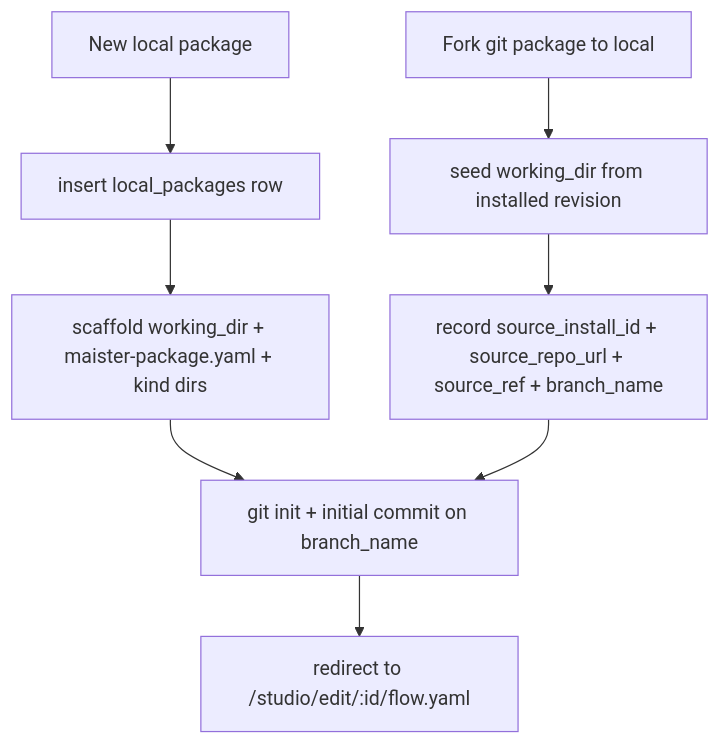
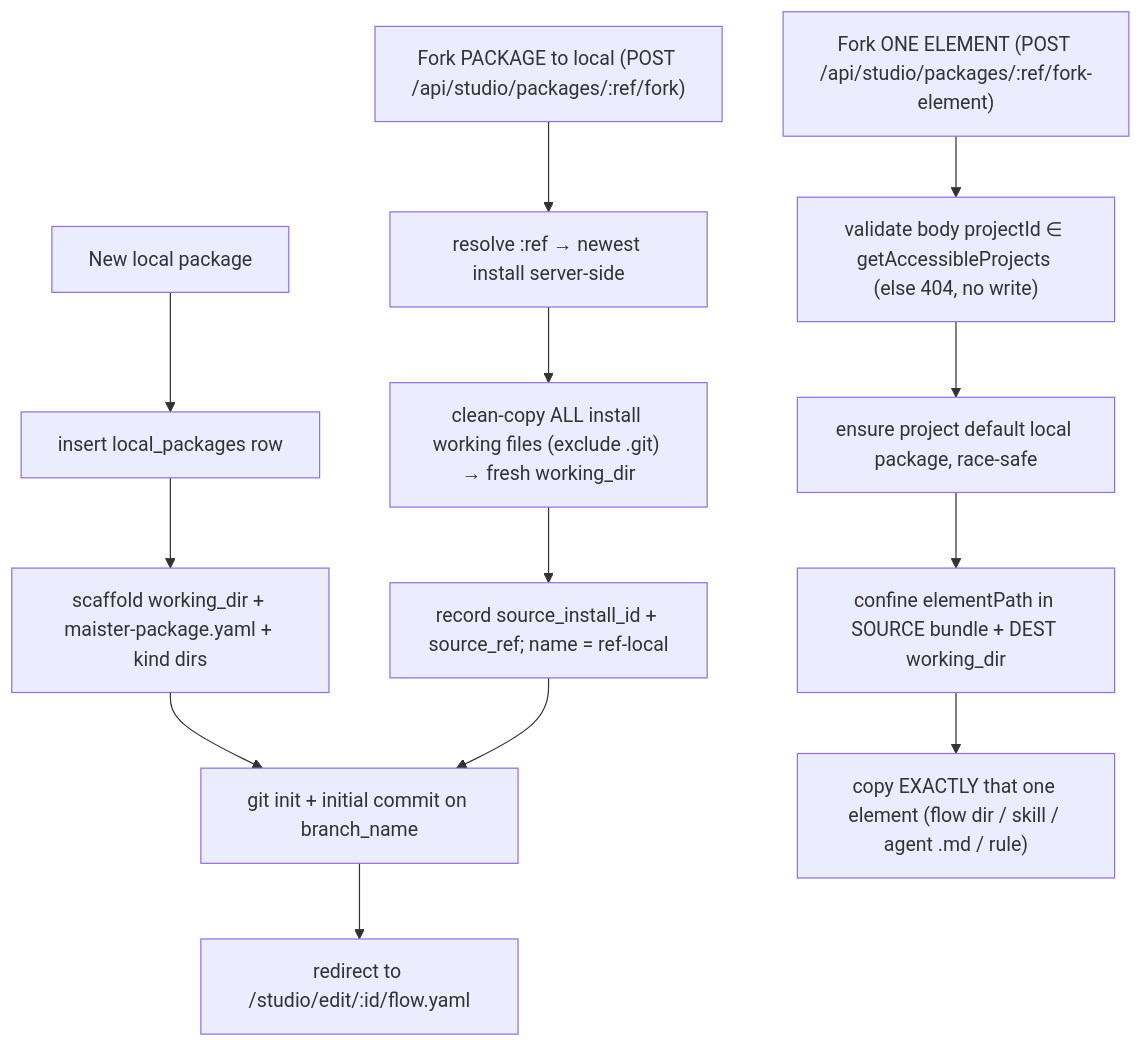
The third of 5 diagrams in docs/system-analytics/local-packages.md (maister-dev/maister), drawn with Mermaid before and after one commit. The commit also changed other lines of this file and 8 other files, not shown here.

````diff
--- a/docs/system-analytics/local-packages.md
+++ b/docs/system-analytics/local-packages.md
@@ -80,11 +89,17 @@
 ```mermaid
 flowchart TD
     A[New local package] --> B[insert local_packages row]
     B --> C[scaffold working_dir + maister-package.yaml + kind dirs]
     C --> D[git init + initial commit on branch_name]
     D --> E[redirect to /studio/edit/:id/flow.yaml]
 
-    F[Fork git package to local] --> G[seed working_dir from installed revision]
-    G --> H[record source_install_id + source_repo_url + source_ref + branch_name]
+    F["Fork PACKAGE to local (POST /api/studio/packages/:ref/fork)"] --> G1[resolve :ref → newest install server-side]
+    G1 --> G2["clean-copy ALL install working files (exclude .git) → fresh working_dir"]
+    G2 --> H[record source_install_id + source_ref; name = ref-local]
     H --> D
+
+    K["Fork ONE ELEMENT (POST /api/studio/packages/:ref/fork-element)"] --> K1["validate body projectId ∈ getAccessibleProjects (else 404, no write)"]
+    K1 --> K2[ensure project default local package, race-safe]
+    K2 --> K3["confine elementPath in SOURCE bundle + DEST working_dir"]
+    K3 --> K4["copy EXACTLY that one element (flow dir / skill / agent .md / rule)"]
 ```
````
